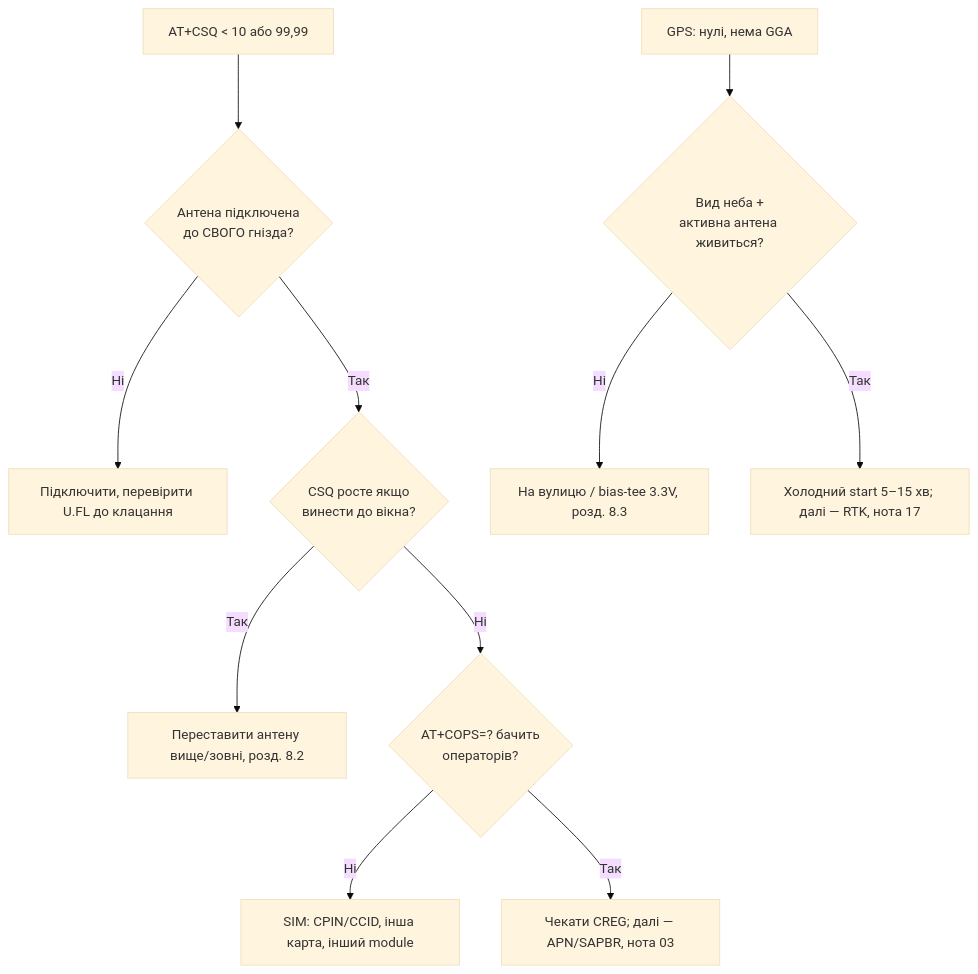
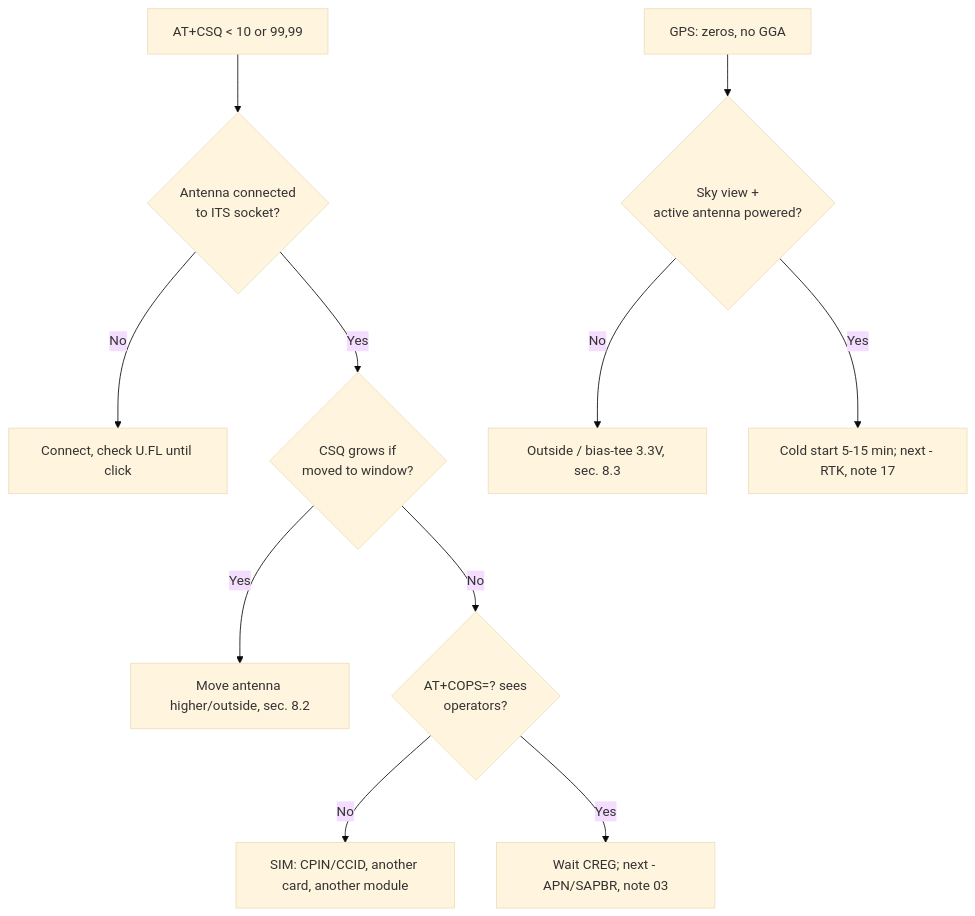
One commit to ksalab/embedded-reference changed the third of 3 diagrams in obsidian_vault/ESP32-Reference/EN/12-Comm-Modules/26-SIM-Power.en.md. Above: the diagram before and after it, drawn with Mermaid (base theme). The commit also changed other lines of this file and 76 other files, not shown here.

````diff
--- a/obsidian_vault/ESP32-Reference/EN/12-Comm-Modules/26-SIM-Power.en.md
+++ b/obsidian_vault/ESP32-Reference/EN/12-Comm-Modules/26-SIM-Power.en.md
@@ -298,13 +298,13 @@
 ```mermaid
 flowchart TB
-    S[AT+CSQ < 10 або 99,99] --> ANT{Антена підключена<br/>до СВОГО гнізда?}
-    ANT -->|Ні| FIX[Підключити, перевірити U.FL до клацання]
-    ANT -->|Так| CSQ2{CSQ росте якщо<br/>винести до вікна?}
-    CSQ2 -->|Так| PLACE[Переставити антену вище/зовні, розд. 8.2]
-    CSQ2 -->|Ні| BAND{AT+COPS=? бачить<br/>операторів?}
-    BAND -->|Ні| SIMD[SIM: CPIN/CCID, інша карта, інший module]
-    BAND -->|Так| REG[Чекати CREG; далі — APN/SAPBR, нота 03]
-    G[GPS: нулі, нема GGA] --> SKY{Вид неба +<br/>активна антена живиться?}
-    SKY -->|Ні| SKYF[На вулицю / bias-tee 3.3V, розд. 8.3]
-    SKY -->|Так| COLD[Холодний start 5–15 хв; далі — RTK, нота 17]
+    S[AT+CSQ < 10 or 99,99] --> ANT{Antenna connected<br/>to ITS socket?}
+    ANT -->|No| FIX[Connect, check U.FL until click]
+    ANT -->|Yes| CSQ2{CSQ grows if<br/>moved to window?}
+    CSQ2 -->|Yes| PLACE[Move antenna higher/outside, sec. 8.2]
+    CSQ2 -->|No| BAND{AT+COPS=? sees<br/>operators?}
+    BAND -->|No| SIMD[SIM: CPIN/CCID, another card, another module]
+    BAND -->|Yes| REG[Wait CREG; next - APN/SAPBR, note 03]
+    G[GPS: zeros, no GGA] --> SKY{Sky view +<br/>active antenna powered?}
+    SKY -->|No| SKYF[Outside / bias-tee 3.3V, sec. 8.3]
+    SKY -->|Yes| COLD[Cold start 5-15 min; next - RTK, note 17]
 ```
````
